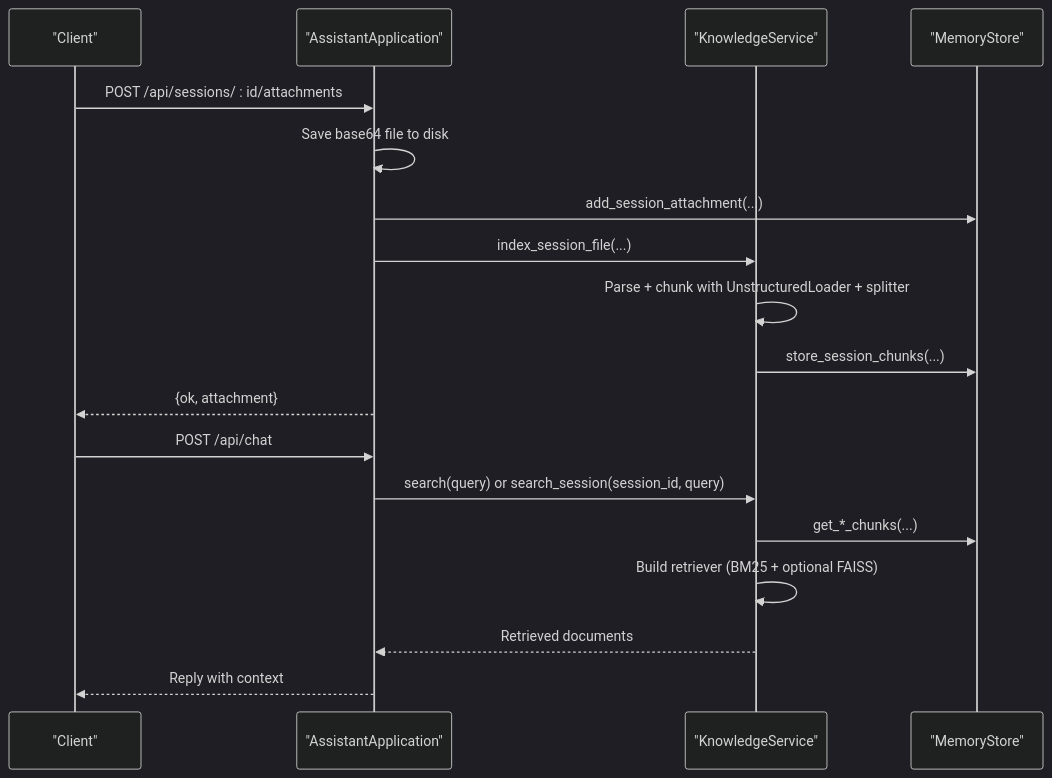
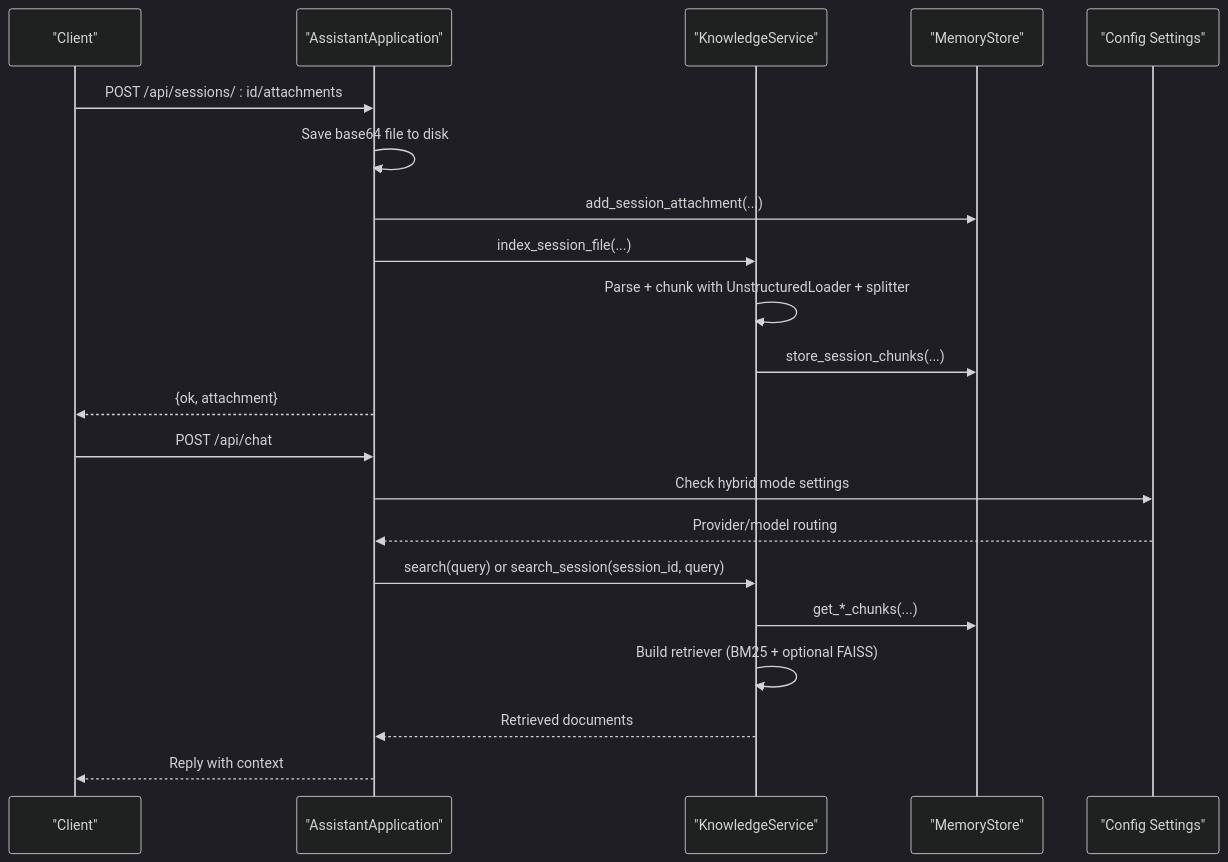
Before and after one commit to Sovetsky-Soyuz/AI-Assistant: the fifth of 6 diagrams in .qoder/repowiki/en/content/Features and Capabilities/Knowledge Management and RAG.md, drawn with Mermaid (dark theme). The commit also changed other lines of this file and 15 other files, not shown here.

````diff
--- a/.qoder/repowiki/en/content/Features and Capabilities/Knowledge Management and RAG.md
+++ b/.qoder/repowiki/en/content/Features and Capabilities/Knowledge Management and RAG.md
@@ -362,20 +346,23 @@
 ```mermaid
 sequenceDiagram
 participant Client as "Client"
 participant Server as "AssistantApplication"
 participant KS as "KnowledgeService"
 participant MS as "MemoryStore"
+participant Config as "Config Settings"
 Client->>Server : POST /api/sessions/ : id/attachments
 Server->>Server : Save base64 file to disk
 Server->>MS : add_session_attachment(...)
 Server->>KS : index_session_file(...)
 KS->>KS : Parse + chunk with UnstructuredLoader + splitter
 KS->>MS : store_session_chunks(...)
 Server-->>Client : {ok, attachment}
 Client->>Server : POST /api/chat
+Server->>Config : Check hybrid mode settings
+Config-->>Server : Provider/model routing
 Server->>KS : search(query) or search_session(session_id, query)
 KS->>MS : get_*_chunks(...)
 KS->>KS : Build retriever (BM25 + optional FAISS)
 KS-->>Server : Retrieved documents
 Server-->>Client : Reply with context
 ```
````
